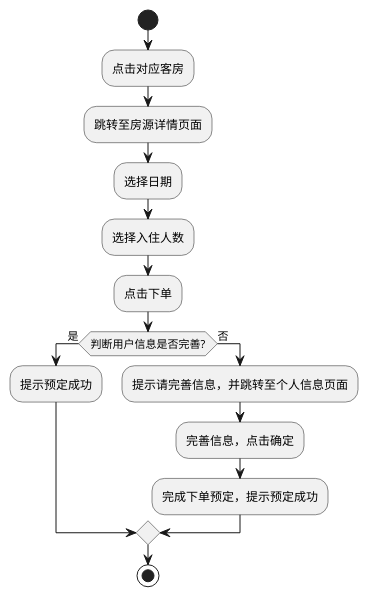
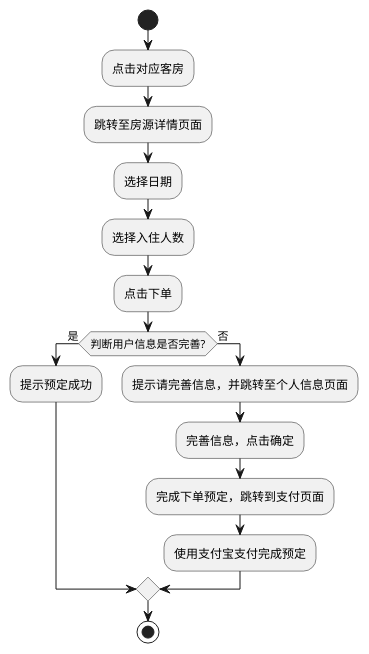
The diagram in resource/活动图/客房预定活动图.puml (grimesapple/springGarden), drawn with PlantUML before and after one commit. The commit also changed 52 other files, not shown here.

```diff
--- a/resource/活动图/客房预定活动图.puml
+++ b/resource/活动图/客房预定活动图.puml
@@ -1,20 +1,21 @@
 @startuml
 'https://plantuml.com/activity-diagram-beta
 
 start
 :点击对应客房;
 :跳转至房源详情页面;
 :选择日期;
 :选择入住人数;
 :点击下单;
 if (判断用户信息是否完善?) is (是) then
   :提示预定成功;
 else (否)
   :提示请完善信息，并跳转至个人信息页面;
   :完善信息，点击确定;
-  :完成下单预定，提示预定成功;
+  :完成下单预定，跳转到支付页面;
+  :使用支付宝支付完成预定;
 endif
 
 stop
 
 @enduml
```
